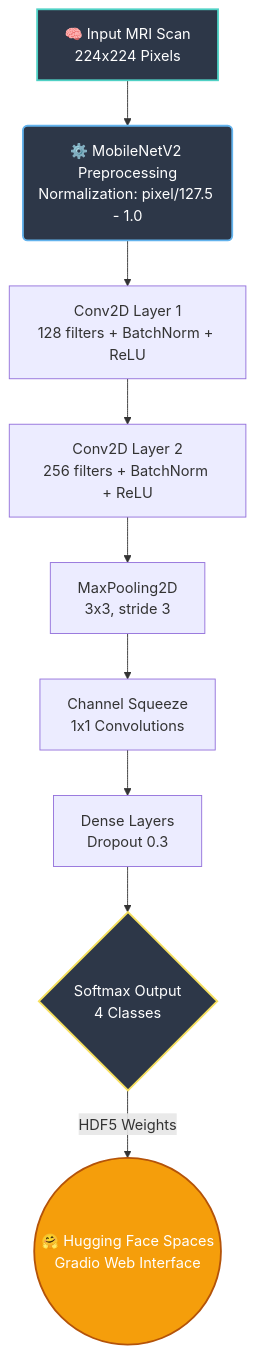
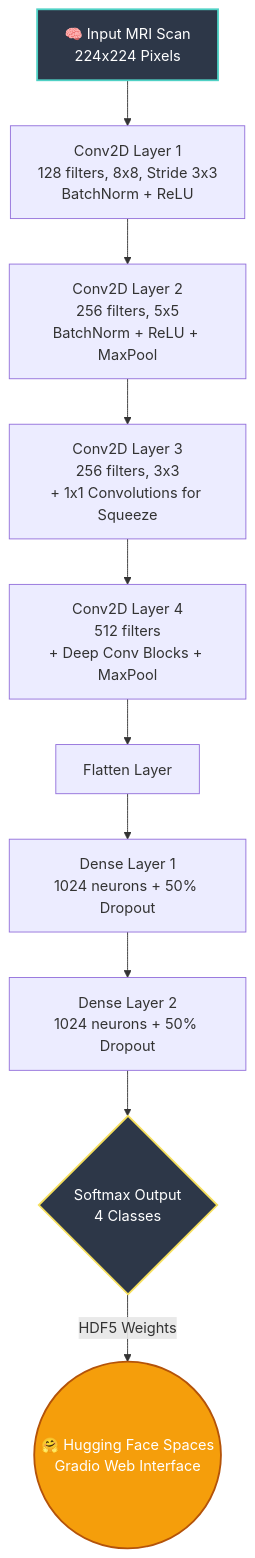
One commit to ahmedamr022/Axon-Alzheimers-Detection changed the diagram in README.md. Above: the diagram before and after it, drawn with Mermaid. The commit also changed other lines of this file, not shown here.

Commit message:
docs: Correct model architecture to strictly match research paper

````diff
--- a/README.md
+++ b/README.md
@@ -56,16 +56,16 @@
 ```mermaid
 graph TD
-    A[🧠 Input MRI Scan\n224x224 Pixels] --> B(⚙️ MobileNetV2 Preprocessing\nNormalization: pixel/127.5 - 1.0)
-    B --> C[Conv2D Layer 1\n128 filters + BatchNorm + ReLU]
-    C --> D[Conv2D Layer 2\n256 filters + BatchNorm + ReLU]
-    D --> E[MaxPooling2D\n3x3, stride 3]
-    E --> F[Channel Squeeze\n1x1 Convolutions]
-    F --> G[Dense Layers\nDropout 0.3]
-    G --> H{Softmax Output\n4 Classes}
-    H -->|HDF5 Weights| I((🤗 Hugging Face Spaces\nGradio Web Interface))
+    A[🧠 Input MRI Scan\n224x224 Pixels] --> B[Conv2D Layer 1\n128 filters, 8x8, Stride 3x3\nBatchNorm + ReLU]
+    B --> C[Conv2D Layer 2\n256 filters, 5x5\nBatchNorm + ReLU + MaxPool]
+    C --> D[Conv2D Layer 3\n256 filters, 3x3\n+ 1x1 Convolutions for Squeeze]
+    D --> E[Conv2D Layer 4\n512 filters\n+ Deep Conv Blocks + MaxPool]
+    E --> F[Flatten Layer]
+    F --> G[Dense Layer 1\n1024 neurons + 50% Dropout]
+    G --> H[Dense Layer 2\n1024 neurons + 50% Dropout]
+    H --> I{Softmax Output\n4 Classes}
+    I -->|HDF5 Weights| J((🤗 Hugging Face Spaces\nGradio Web Interface))
     
     style A fill:#2d3748,stroke:#4fd1c5,stroke-width:2px,color:#fff
-    style B fill:#2d3748,stroke:#63b3ed,stroke-width:2px,color:#fff
-    style H fill:#2d3748,stroke:#f6e05e,stroke-width:2px,color:#fff
-    style I fill:#f59e0b,stroke:#b45309,stroke-width:2px,color:#fff
+    style I fill:#2d3748,stroke:#f6e05e,stroke-width:2px,color:#fff
+    style J fill:#f59e0b,stroke:#b45309,stroke-width:2px,color:#fff
 ```
````
